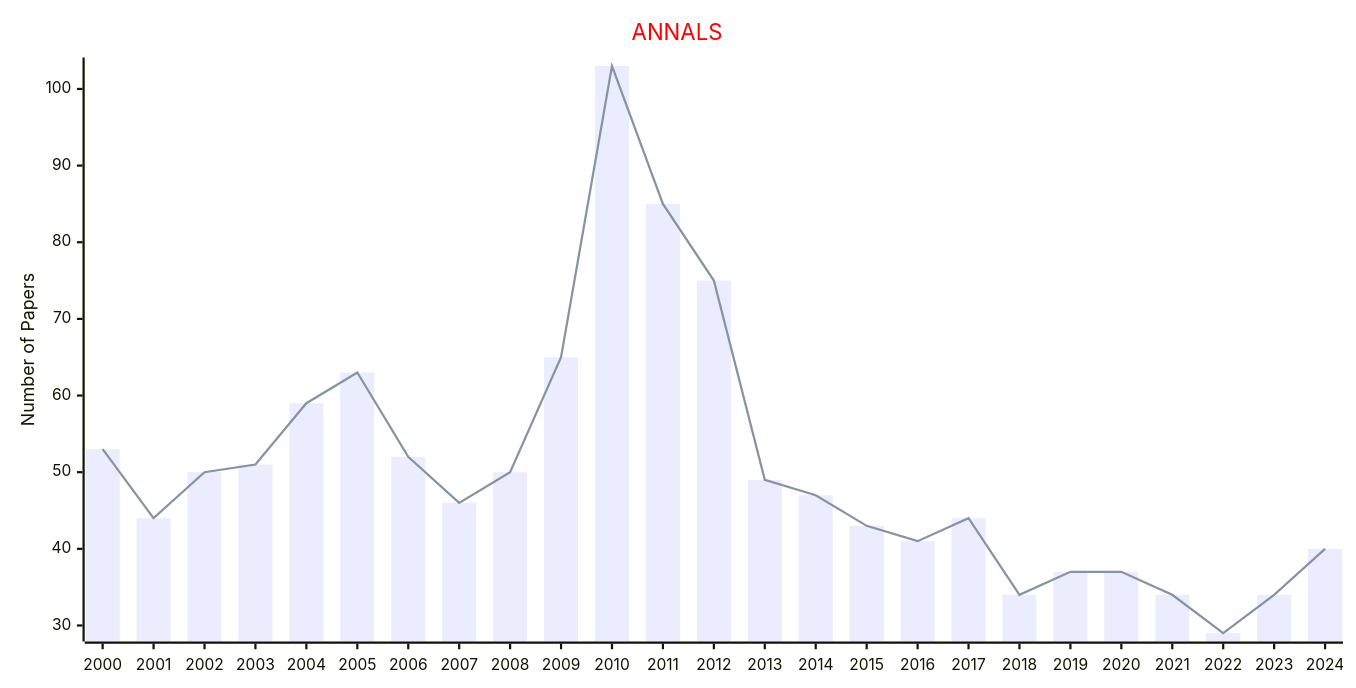
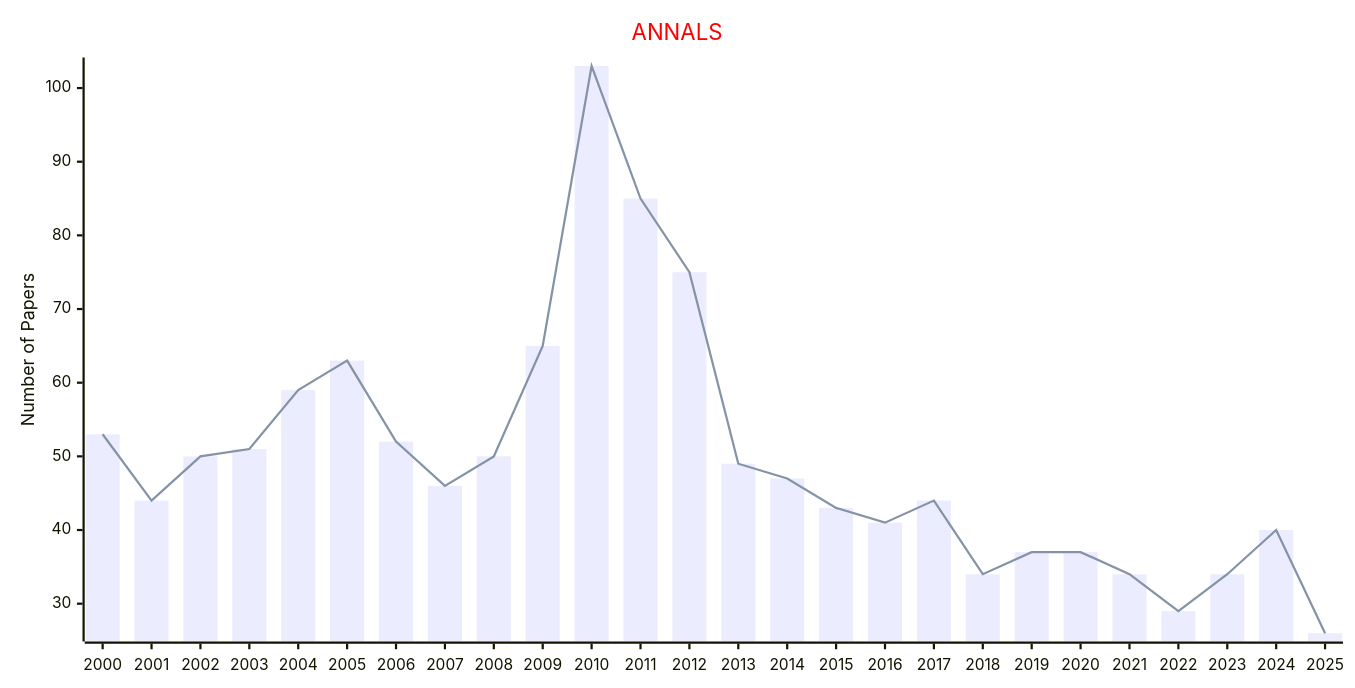
One commit to Easy-PhD/AILinks changed the diagram in docs/data/Journals/Publishers_Journals/PRINCETON.md. Above: the diagram before and after it, drawn with Mermaid. The commit also changed 93 other files, not shown here.

````diff
--- a/docs/data/Journals/Publishers_Journals/PRINCETON.md
+++ b/docs/data/Journals/Publishers_Journals/PRINCETON.md
@@ -11,17 +11,17 @@
 ```mermaid
 ---
 config:
     xyChart:
         width: 1200
         height: 600
     themeVariables:
         xyChart:
             titleColor: "#ff0000"
 ---
 xychart-beta
     title "ANNALS"
-    x-axis [2000, 2001, 2002, 2003, 2004, 2005, 2006, 2007, 2008, 2009, 2010, 2011, 2012, 2013, 2014, 2015, 2016, 2017, 2018, 2019, 2020, 2021, 2022, 2023, 2024]
+    x-axis [2000, 2001, 2002, 2003, 2004, 2005, 2006, 2007, 2008, 2009, 2010, 2011, 2012, 2013, 2014, 2015, 2016, 2017, 2018, 2019, 2020, 2021, 2022, 2023, 2024, 2025]
     y-axis "Number of Papers"
-    bar [53, 44, 50, 51, 59, 63, 52, 46, 50, 65, 103, 85, 75, 49, 47, 43, 41, 44, 34, 37, 37, 34, 29, 34, 40]
-    line [53, 44, 50, 51, 59, 63, 52, 46, 50, 65, 103, 85, 75, 49, 47, 43, 41, 44, 34, 37, 37, 34, 29, 34, 40]
+    bar [53, 44, 50, 51, 59, 63, 52, 46, 50, 65, 103, 85, 75, 49, 47, 43, 41, 44, 34, 37, 37, 34, 29, 34, 40, 26]
+    line [53, 44, 50, 51, 59, 63, 52, 46, 50, 65, 103, 85, 75, 49, 47, 43, 41, 44, 34, 37, 37, 34, 29, 34, 40, 26]
 ```
````
